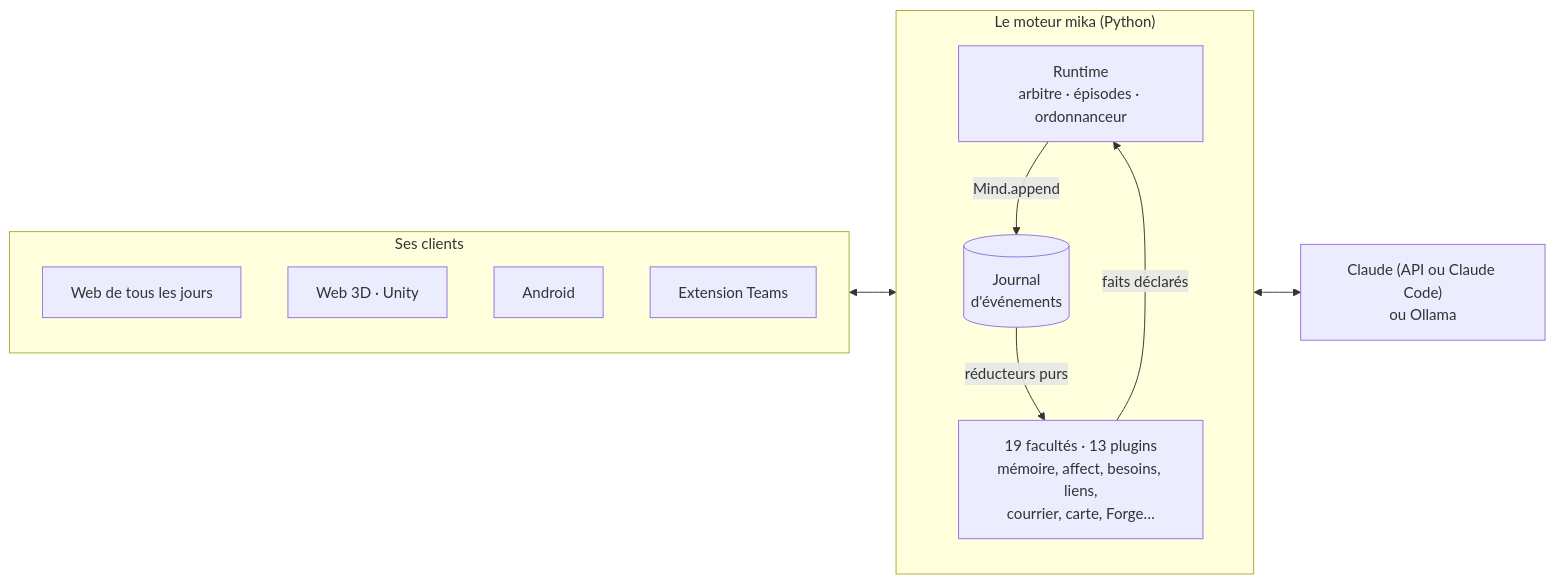
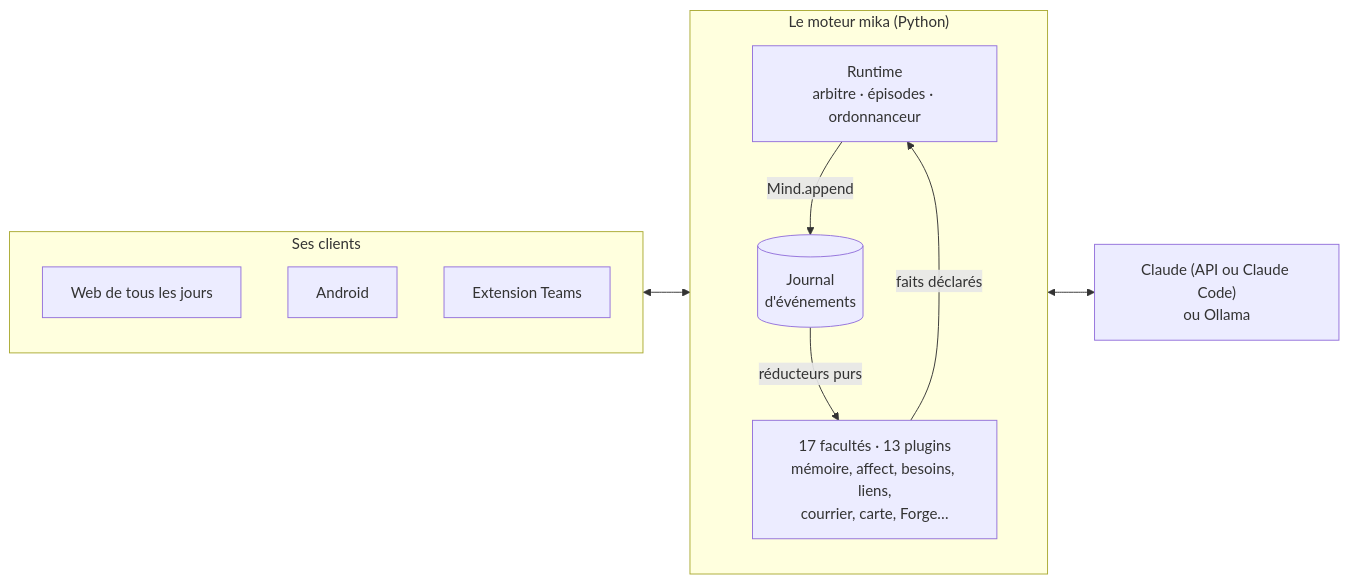
The diagram in README.md (ad1rie1/Mika-IA-Companion), drawn with Mermaid before and after one commit. The commit also changed other lines of this file and 4169 other files, not shown here.

````diff
--- a/README.md
+++ b/README.md
@@ -114,25 +113,24 @@
 ```mermaid
 flowchart LR
     subgraph clients["Ses clients"]
         direction TB
         web["Web de tous les jours"]
-        w3d["Web 3D · Unity"]
         android["Android"]
         teams["Extension Teams"]
     end
 
     subgraph moteur["Le moteur mika (Python)"]
         direction TB
         runtime["Runtime<br/>arbitre · épisodes · ordonnanceur"]
         journal[("Journal<br/>d'événements")]
-        facultes["19 facultés · 13 plugins<br/>mémoire, affect, besoins, liens,<br/>courrier, carte, Forge…"]
+        facultes["17 facultés · 13 plugins<br/>mémoire, affect, besoins, liens,<br/>courrier, carte, Forge…"]
         runtime -- "Mind.append" --> journal
         journal -- "réducteurs purs" --> facultes
         facultes -- "faits déclarés" --> runtime
     end
 
     llm["Claude (API ou Claude Code)<br/>ou Ollama"]
 
     clients <--> runtime
     runtime <--> llm
 ```
````
